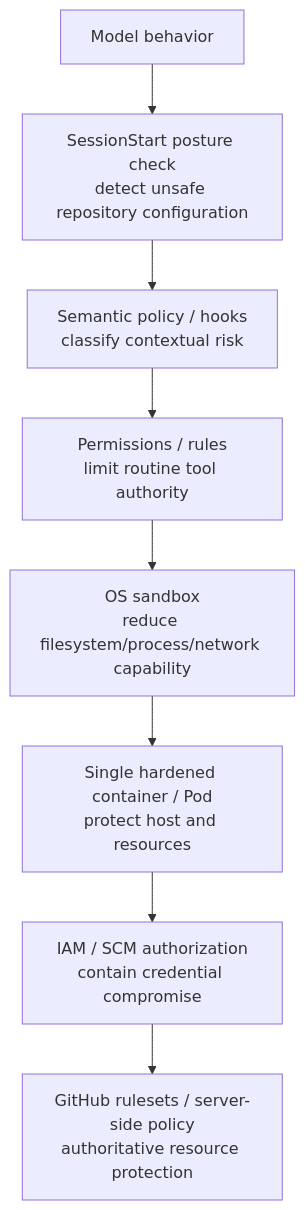
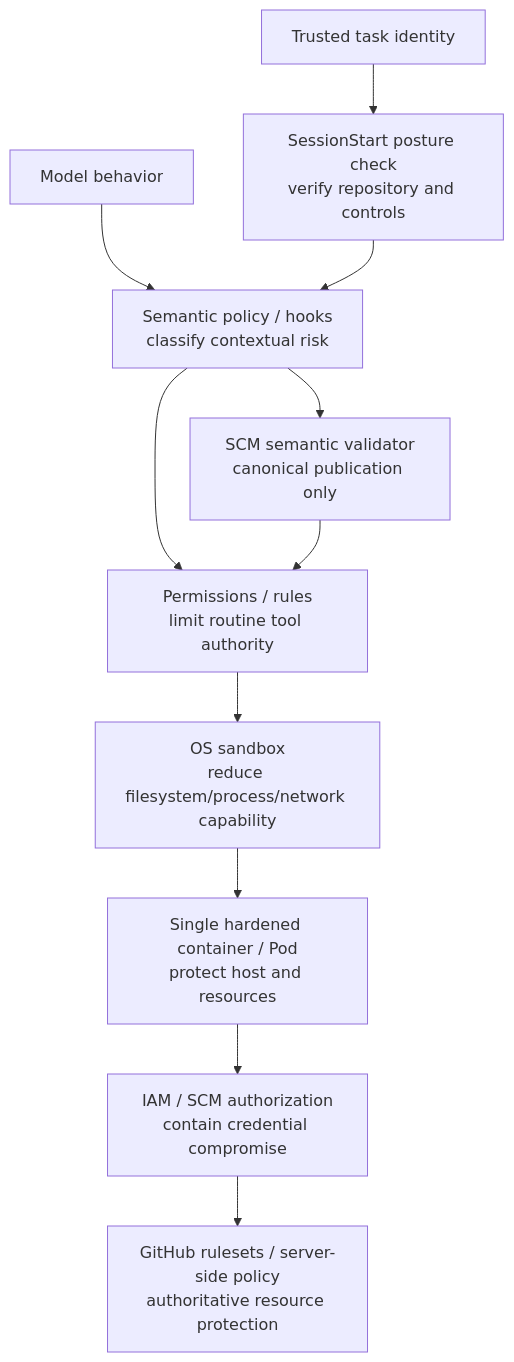
Before and after one commit to tomo-chan/agent-harness: the diagram in docs/03-security-model.md, drawn with Mermaid. The commit also changed other lines of this file, not shown here.

Commit message:
docs: add trusted identity and canonical SCM security controls

````diff
--- a/docs/03-security-model.md
+++ b/docs/03-security-model.md
@@ -13,10 +13,13 @@
 ```mermaid
 flowchart TD
-    M[Model behavior] --> SS[SessionStart posture check<br/>detect unsafe repository configuration]
-    SS --> H[Semantic policy / hooks<br/>classify contextual risk]
+    T[Trusted task identity] --> SS[SessionStart posture check<br/>verify repository and controls]
+    M[Model behavior] --> H[Semantic policy / hooks<br/>classify contextual risk]
+    SS --> H
+    H --> SV[SCM semantic validator<br/>canonical publication only]
     H --> P[Permissions / rules<br/>limit routine tool authority]
+    SV --> P
     P --> S[OS sandbox<br/>reduce filesystem/process/network capability]
     S --> C[Single hardened container / Pod<br/>protect host and resources]
     C --> I[IAM / SCM authorization<br/>contain credential compromise]
     I --> R[GitHub rulesets / server-side policy<br/>authoritative resource protection]
 ```
````
